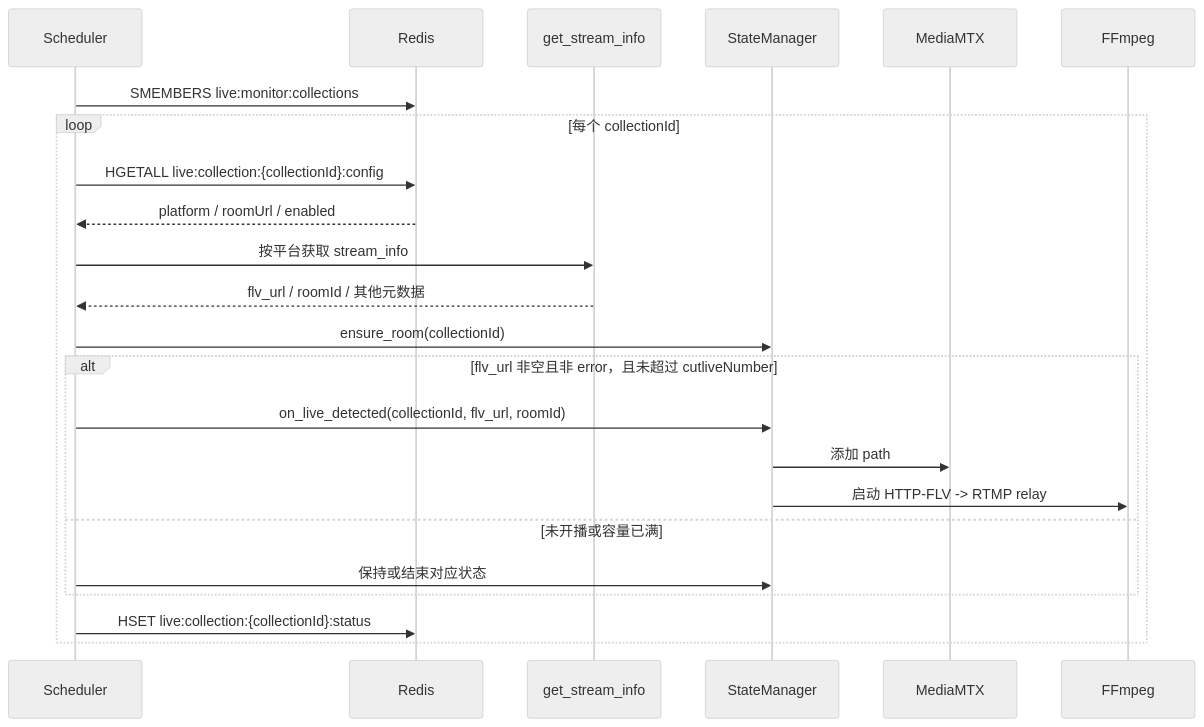
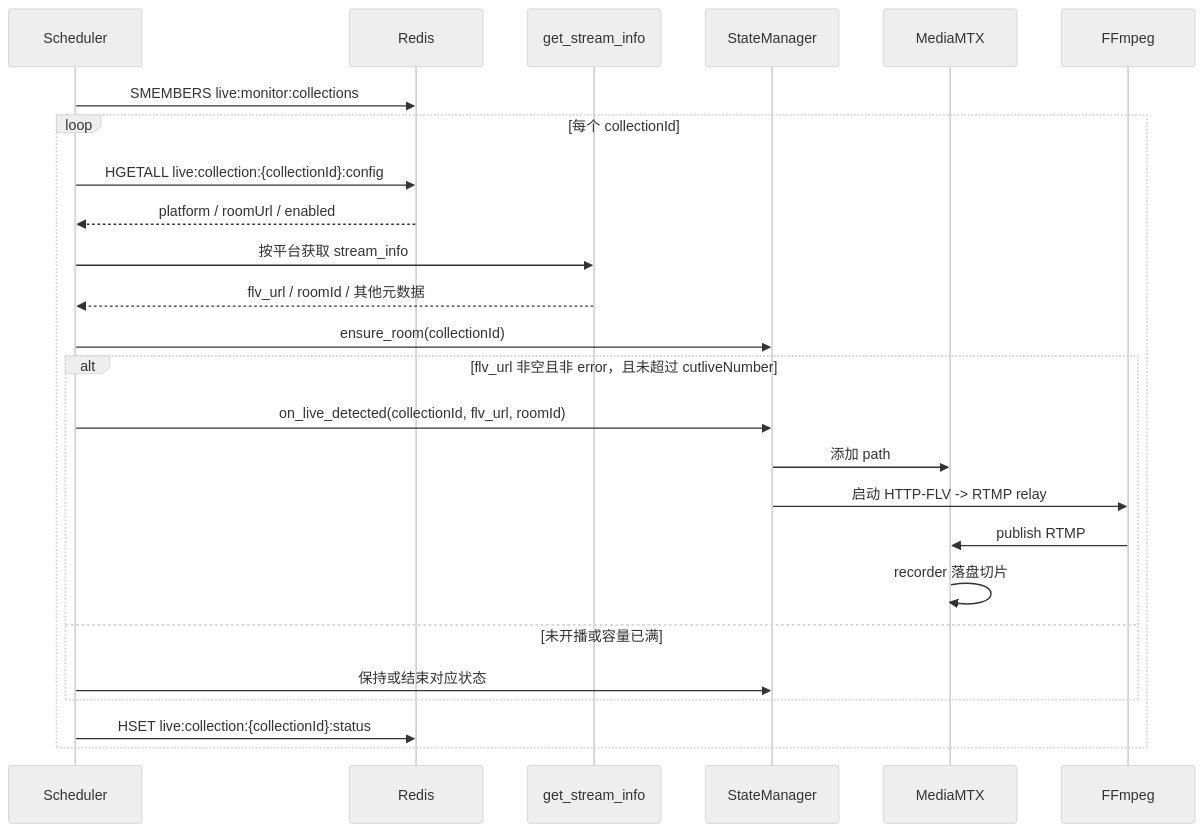
One commit to Tec-Do-bw/live-platform changed the third of 4 diagrams in services/live-platform/docs/architecture-flow.md. Above: the diagram before and after it, drawn with Mermaid (neutral theme). The commit also changed other lines of this file and 2 other files, not shown here.

````diff
--- a/services/live-platform/docs/architecture-flow.md
+++ b/services/live-platform/docs/architecture-flow.md
@@ -91,26 +93,28 @@
 ```mermaid
 sequenceDiagram
     participant Scheduler
     participant Redis
     participant Adapter as get_stream_info
     participant State as StateManager
     participant MediaMTX
     participant FFmpeg
 
     Scheduler->>Redis: SMEMBERS live:monitor:collections
     loop 每个 collectionId
         Scheduler->>Redis: HGETALL live:collection:{collectionId}:config
         Redis-->>Scheduler: platform / roomUrl / enabled
         Scheduler->>Adapter: 按平台获取 stream_info
         Adapter-->>Scheduler: flv_url / roomId / 其他元数据
         Scheduler->>State: ensure_room(collectionId)
         alt flv_url 非空且非 error，且未超过 cutliveNumber
             Scheduler->>State: on_live_detected(collectionId, flv_url, roomId)
             State->>MediaMTX: 添加 path
             State->>FFmpeg: 启动 HTTP-FLV -> RTMP relay
+            FFmpeg->>MediaMTX: publish RTMP
+            MediaMTX->>MediaMTX: recorder 落盘切片
         else 未开播或容量已满
             Scheduler->>State: 保持或结束对应状态
         end
         Scheduler->>Redis: HSET live:collection:{collectionId}:status
     end
 ```
````
